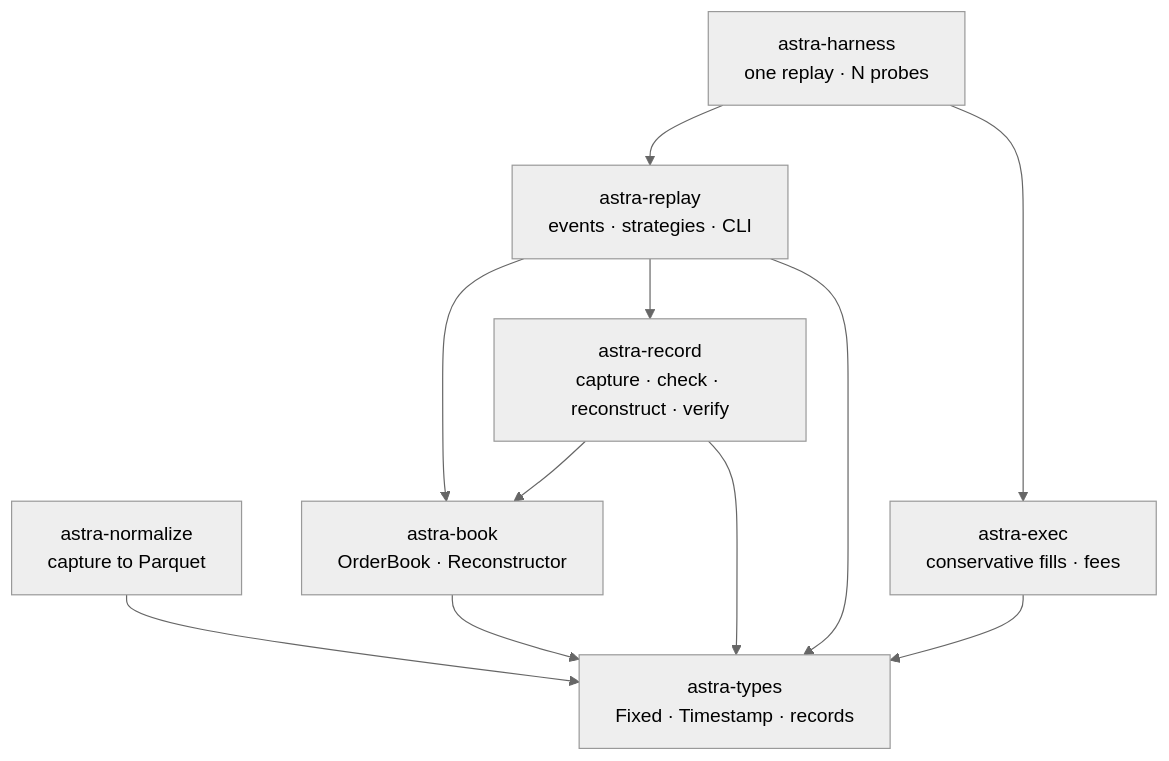
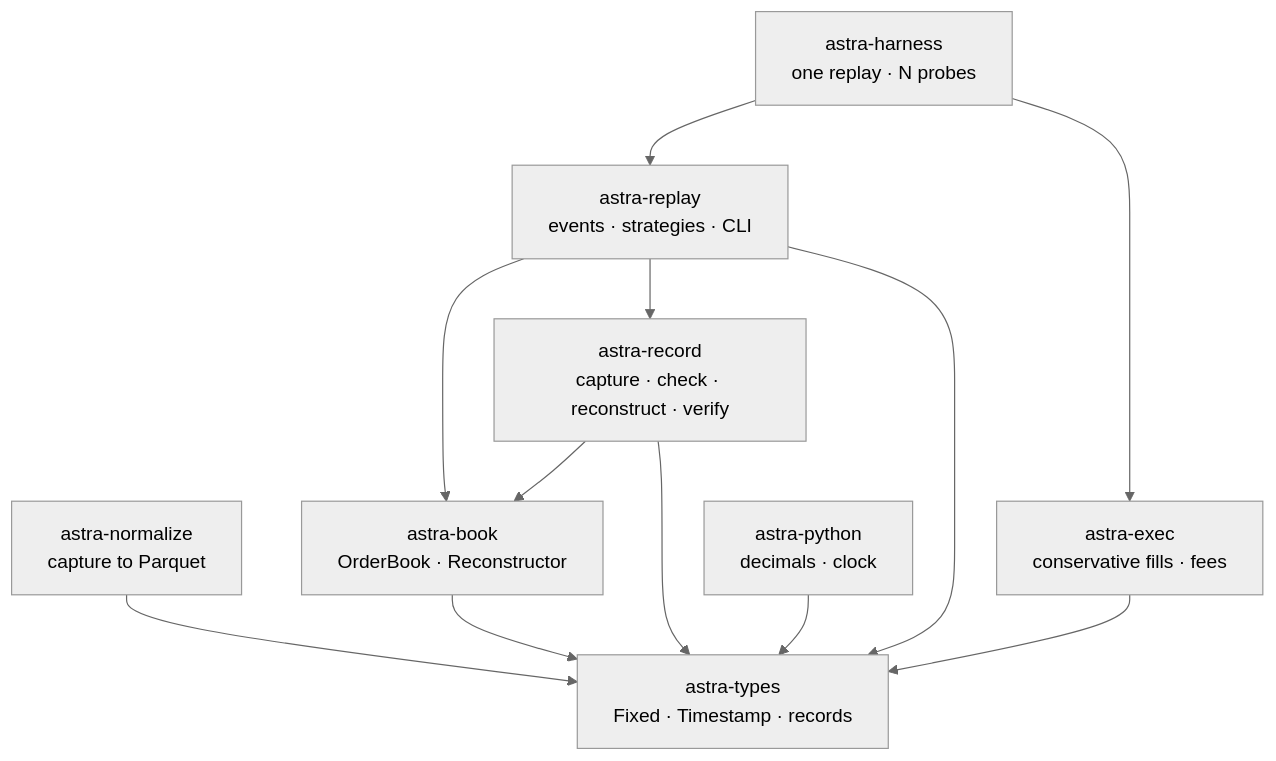
The second of 6 diagrams in README.md (VarunGore36/AstralProject), drawn with Mermaid (neutral theme) before and after one commit. The commit also changed other lines of this file and 6 other files, not shown here.

First line of the commit message:
Python bindings foothold: exact decimals and clock for notebooks

````diff
--- a/README.md
+++ b/README.md
@@ -153,20 +153,22 @@
 ```mermaid
 flowchart TD
     RP[astra-replay<br/>events · strategies · CLI]
     NZ[astra-normalize<br/>capture to Parquet]
     RC[astra-record<br/>capture · check · reconstruct · verify]
     BK[astra-book<br/>OrderBook · Reconstructor]
     EX[astra-exec<br/>conservative fills · fees]
     RT[astra-types<br/>Fixed · Timestamp · records]
     RP --> BK
     RP --> RC
     RP --> RT
     NZ --> RT
     RC --> BK
     RC --> RT
     BK --> RT
     EX --> RT
     HN[astra-harness<br/>one replay · N probes]
     HN --> RP
     HN --> EX
+    PY[astra-python<br/>decimals · clock]
+    PY --> RT
 ```
````
